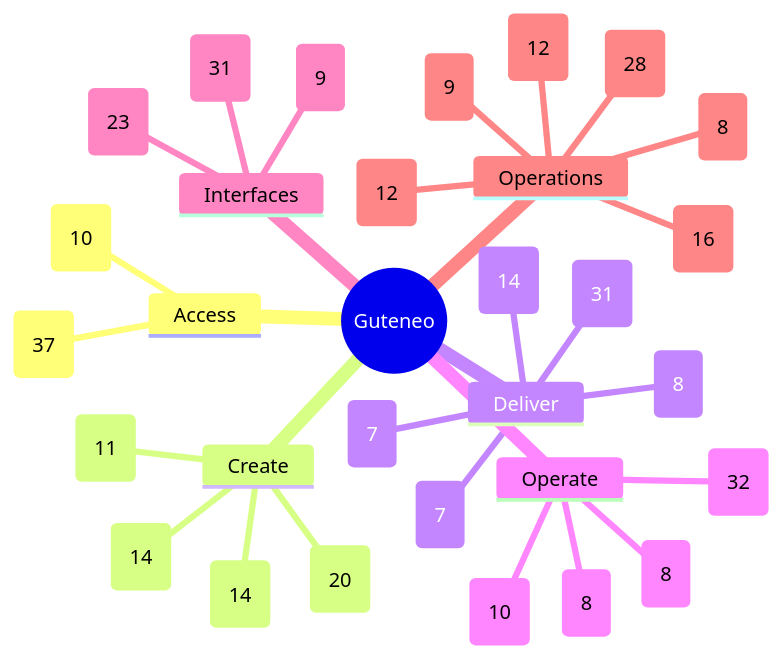
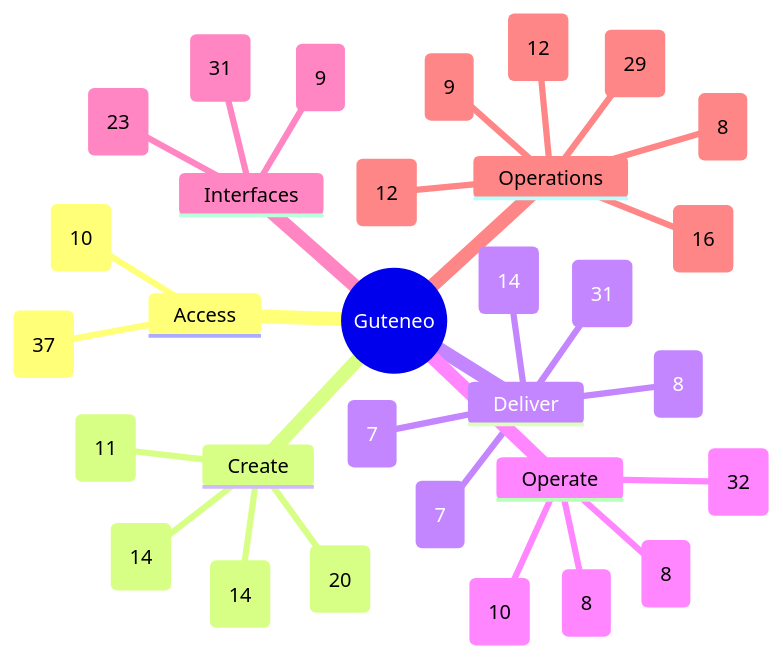
Before and after one commit to nclsppr/guteneo: the diagram in docs/FEATURE_MAP.md, drawn with Mermaid. The commit also changed other lines of this file and 11 other files, not shown here.

````diff
--- a/docs/FEATURE_MAP.md
+++ b/docs/FEATURE_MAP.md
@@ -13,34 +13,34 @@
 ```mermaid
 mindmap
   root((Guteneo))
     Access
       Access and identity (37)
       Team and responsibilities (10)
     Create
       Documents and protection (20)
       Template studio (14)
       Data and mappings (11)
       PDF generation and distribution (14)
     Deliver
       Fax (7)
       Postal mail (8)
       Email and protected links (14)
       Sensitive distribution and personal documents (31)
       Dispatch dry run (7)
     Operate
       Campaigns and tracking (8)
       Credits and billing (8)
       Workspace layout and browser appearance (32)
       PDF verification (10)
     Interfaces
       Assistants and API (31)
       iPhone and iPad (9)
       Public pages, languages and appearance (23)
     Operations
       Reviewer OAuth qualification (9)
-      Operations and reliability (28)
+      Operations and reliability (29)
       Belvédère platform oversight (12)
       Public service status (16)
       Engineering documentation (12)
       Codex Cloud development (8)
 ```
````
